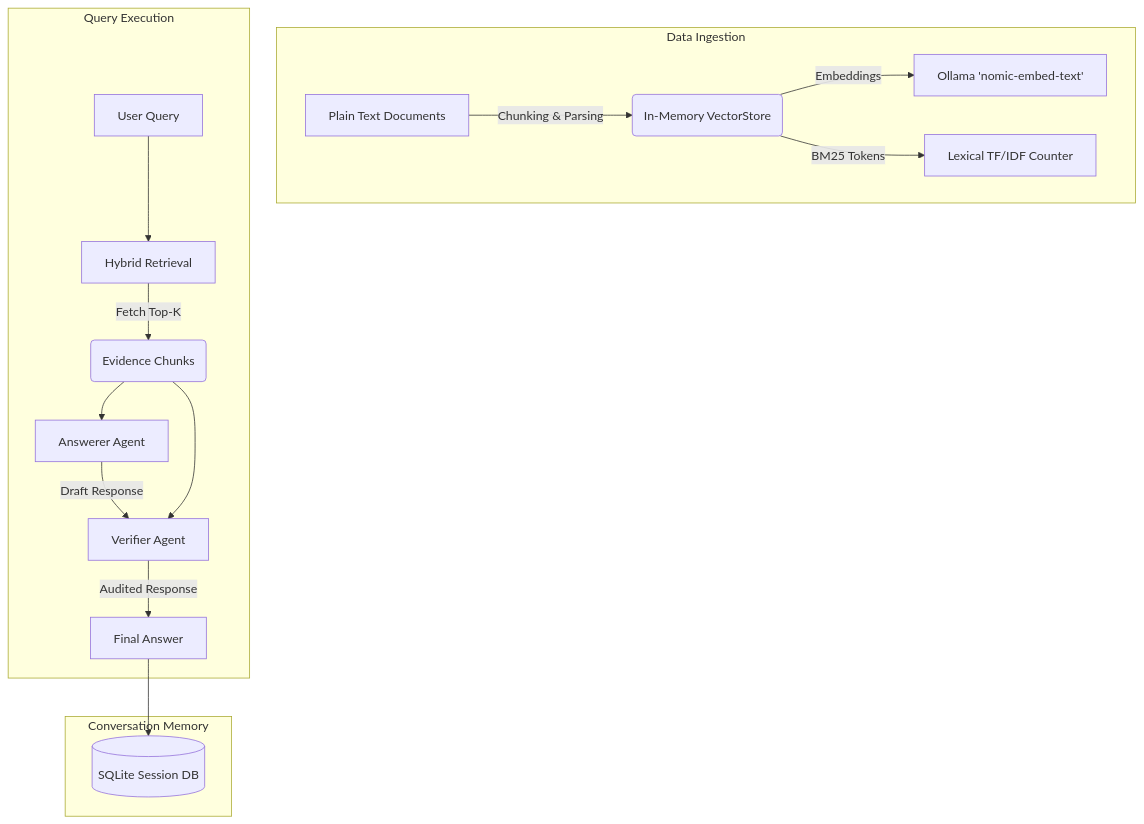
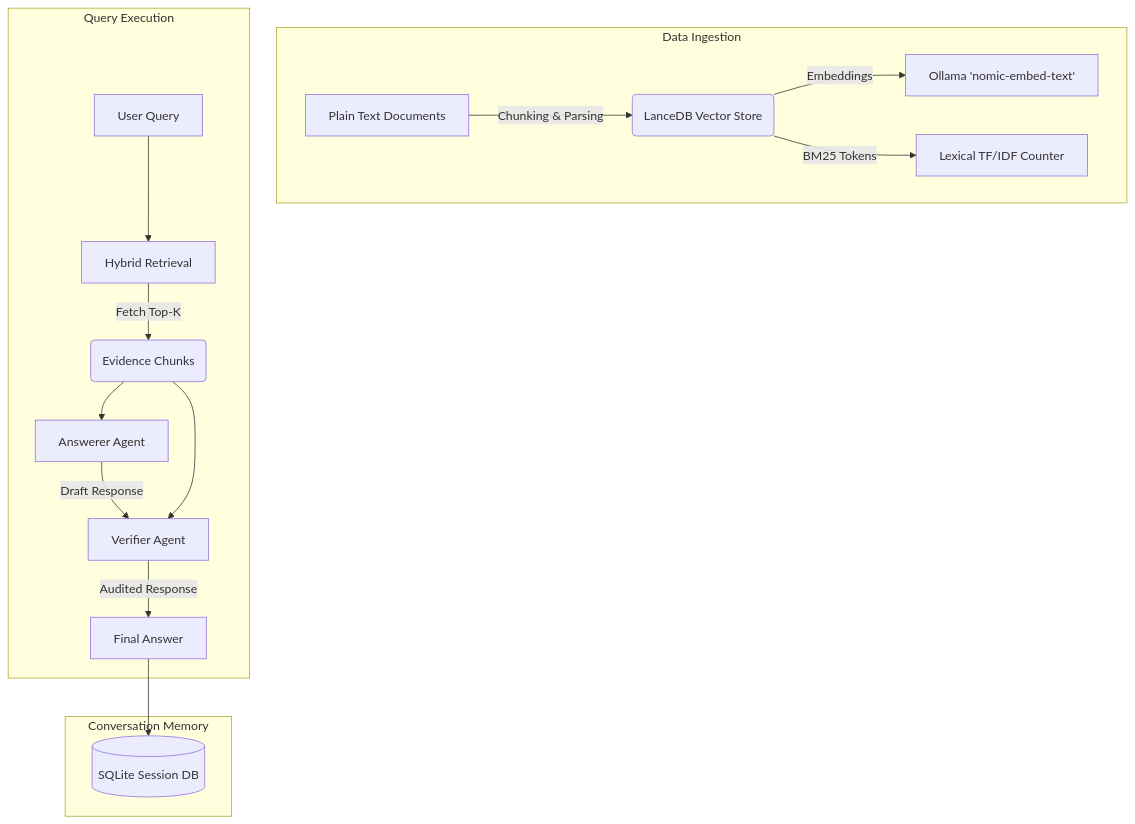
One commit to hackerrajeshkumar/KKEduLabs changed the diagram in README.md. Above: the diagram before and after it, drawn with Mermaid. The commit also changed other lines of this file and 5 other files, not shown here.

First line of the commit message:
Migrate vector database from NumPy/FAISS to LanceDB

````diff
--- a/README.md
+++ b/README.md
@@ -22,22 +22,22 @@
 ```mermaid
 graph TD
     subgraph Data Ingestion
-        A[Plain Text Documents] -->|Chunking & Parsing| B(In-Memory VectorStore)
+        A[Plain Text Documents] -->|Chunking & Parsing| B(LanceDB Vector Store)
         B -->|Embeddings| C[Ollama 'nomic-embed-text']
         B -->|BM25 Tokens| D[Lexical TF/IDF Counter]
     end
 
     subgraph Query Execution
         E[User Query] --> F[Hybrid Retrieval]
         F -->|Fetch Top-K| G(Evidence Chunks)
         
         G --> H[Answerer Agent]
         H -->|Draft Response| I[Verifier Agent]
         G --> I
         I -->|Audited Response| J[Final Answer]
     end
 
     subgraph Conversation Memory
         J --> K[(SQLite Session DB)]
     end
 ```
````
